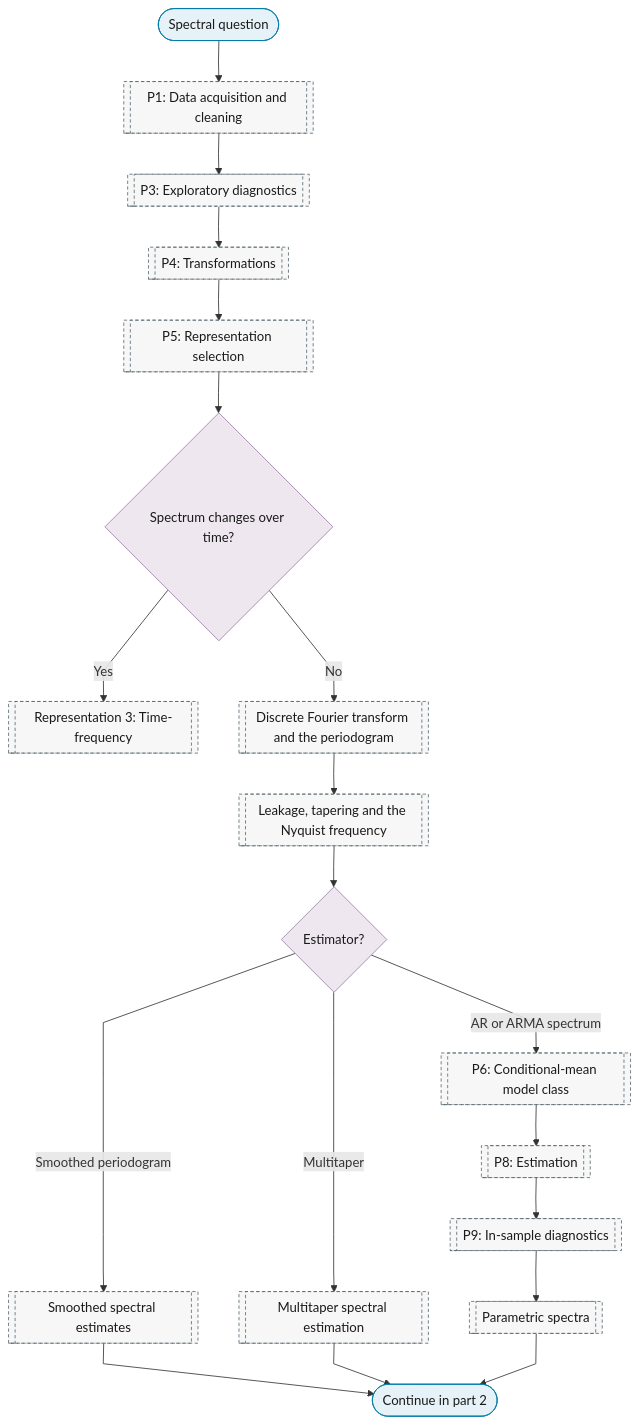
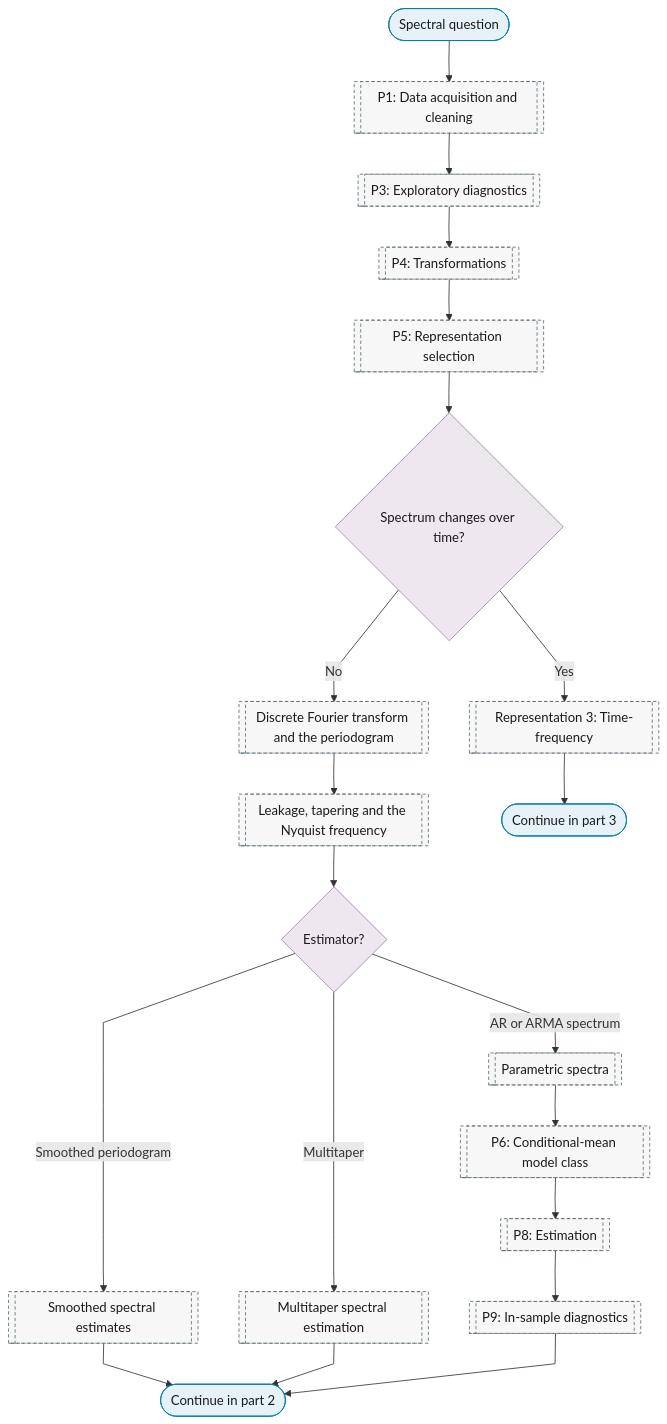
One commit to Shuxin-Y/time-series-analysis-manual changed the first of 3 diagrams in docs/01-workflow/p00-purpose/08-spectral-analysis.md. Above: the diagram before and after it, drawn with Mermaid. The commit also changed other lines of this file and 6 other files, not shown here.

First line of the commit message:
feat(master): why-this-order table; purpose charts keep the spine order

````diff
--- a/docs/01-workflow/p00-purpose/08-spectral-analysis.md
+++ b/docs/01-workflow/p00-purpose/08-spectral-analysis.md
@@ -9,31 +9,32 @@
 ```mermaid
 %%{init: {"flowchart": {"curve": "linear"}}}%%
 graph TD
     P0_SP_IN(["Spectral question"]) --> P1[["P1: Data acquisition and cleaning"]]
     P1 --> P3[["P3: Exploratory diagnostics"]]
     P3 --> P4[["P4: Transformations"]]
     P4 --> P5[["P5: Representation selection"]]
     P5 --> P0_SP_CHANGES{"Spectrum changes over time?"}
     P0_SP_CHANGES -->|"Yes"| P5_TIME_FREQUENCY[["Representation 3: Time-frequency"]]
     P0_SP_CHANGES -->|"No"| P5_FD_DFT[["Discrete Fourier transform and the periodogram"]]
     P5_FD_DFT --> P5_FD_LEAKAGE[["Leakage, tapering and the Nyquist frequency"]]
     P5_FD_LEAKAGE --> P0_SP_ESTIMATOR{"Estimator?"}
     P0_SP_ESTIMATOR -->|"Smoothed periodogram"| P5_FD_SMOOTHED[["Smoothed spectral estimates"]]
     P0_SP_ESTIMATOR -->|"Multitaper"| P5_FD_MULTITAPER[["Multitaper spectral estimation"]]
-    P0_SP_ESTIMATOR -->|"AR or ARMA spectrum"| P6[["P6: Conditional-mean model class"]]
+    P0_SP_ESTIMATOR -->|"AR or ARMA spectrum"| P5_FD_PARAMETRIC[["Parametric spectra"]]
+    P5_FD_PARAMETRIC --> P6[["P6: Conditional-mean model class"]]
     P6 --> P8[["P8: Estimation"]]
     P8 --> P9[["P9: In-sample diagnostics"]]
-    P9 --> P5_FD_PARAMETRIC[["Parametric spectra"]]
-    P5_FD_SMOOTHED & P5_FD_MULTITAPER & P5_FD_PARAMETRIC --> P0_SP_TO_PART_2(["Continue in part 2"])
-    class P0_SP_IN,P0_SP_TO_PART_2 terminator
+    P5_FD_SMOOTHED & P5_FD_MULTITAPER & P9 --> P0_SP_TO_PART_2(["Continue in part 2"])
+    P5_TIME_FREQUENCY --> P0_SP_TF_TO_PART_3(["Continue in part 3"])
+    class P0_SP_IN,P0_SP_TO_PART_2,P0_SP_TF_TO_PART_3 terminator
     class P0_SP_CHANGES,P0_SP_ESTIMATOR decision
     class P1,P3,P4,P5,P5_TIME_FREQUENCY,P5_FD_DFT,P5_FD_LEAKAGE,P5_FD_SMOOTHED,P5_FD_MULTITAPER,P6,P8,P9,P5_FD_PARAMETRIC ref
     classDef terminator fill:#E6F2F7,stroke:#007BA7,color:#1A1A1A;
     classDef process fill:#FFFFFF,stroke:#5A6B73,color:#1A1A1A;
     classDef decision fill:#EFE7F0,stroke:#9B7FA7,color:#1A1A1A;
     classDef data fill:#FFF4E0,stroke:#C9A55E,color:#1A1A1A;
     classDef good fill:#DCEFD8,stroke:#4A7A3F,color:#1A1A1A;
     classDef escalate fill:#FFE9C2,stroke:#C9A55E,color:#1A1A1A;
     classDef problem fill:#F2D9DE,stroke:#800020,color:#1A1A1A;
     classDef ref fill:#F7F7F7,stroke:#5A6B73,color:#1A1A1A,stroke-dasharray:4 3;
 ```
````
